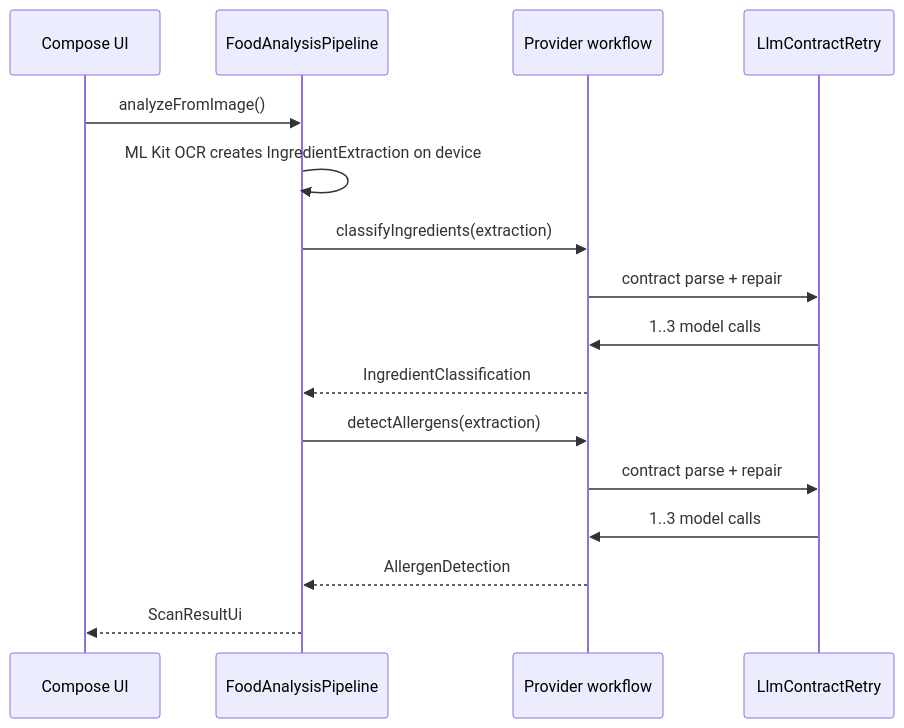
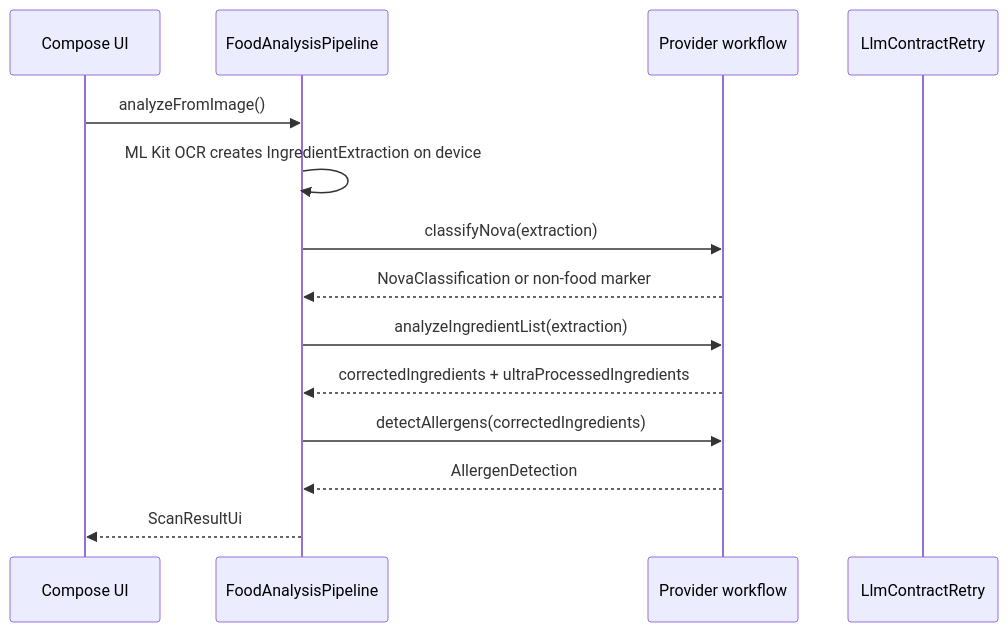
Before and after one commit to benevolentbandwidth/ultraprocessed: the first of 2 diagrams in documentation/08-llm-api-contracts.md, drawn with Mermaid. The commit also changed other lines of this file and 19 other files, not shown here.

````diff
--- a/documentation/08-llm-api-contracts.md
+++ b/documentation/08-llm-api-contracts.md
@@ -72,19 +78,17 @@
 ```mermaid
 sequenceDiagram
     participant UI as Compose UI
     participant Pipeline as FoodAnalysisPipeline
     participant LLM as Provider workflow
     participant Retry as LlmContractRetry
 
     UI->>Pipeline: analyzeFromImage()
     Pipeline->>Pipeline: ML Kit OCR creates IngredientExtraction on device
-    Pipeline->>LLM: classifyIngredients(extraction)
-    LLM->>Retry: contract parse + repair
-    Retry->>LLM: 1..3 model calls
-    LLM-->>Pipeline: IngredientClassification
-    Pipeline->>LLM: detectAllergens(extraction)
-    LLM->>Retry: contract parse + repair
-    Retry->>LLM: 1..3 model calls
+    Pipeline->>LLM: classifyNova(extraction)
+    LLM-->>Pipeline: NovaClassification or non-food marker
+    Pipeline->>LLM: analyzeIngredientList(extraction)
+    LLM-->>Pipeline: correctedIngredients + ultraProcessedIngredients
+    Pipeline->>LLM: detectAllergens(correctedIngredients)
     LLM-->>Pipeline: AllergenDetection
     Pipeline-->>UI: ScanResultUi
 ```
````
